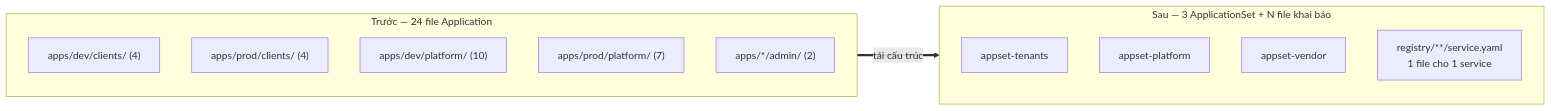
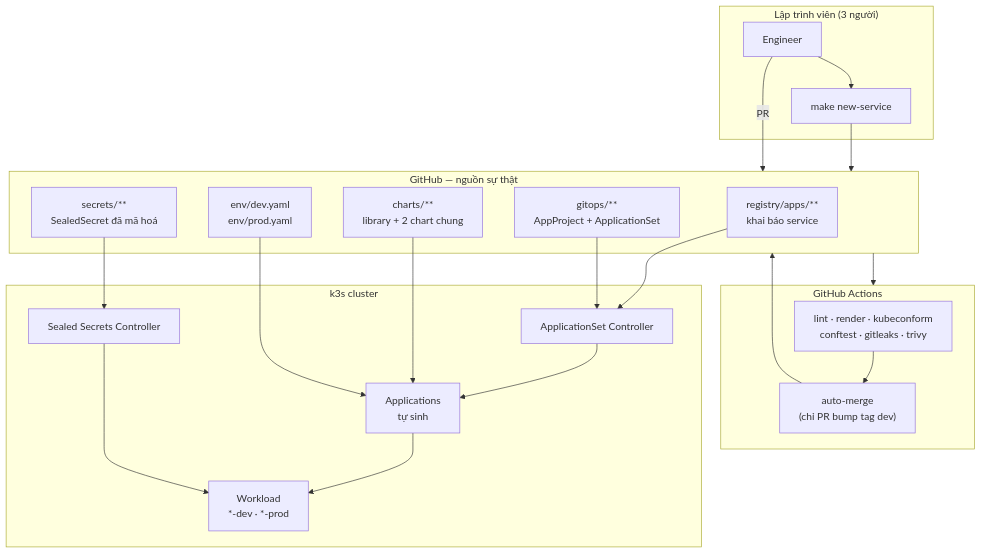
The first of 4 diagrams in docs/REFACTOR_PLAN.md (hunho247/HNQ-Infra), drawn with Mermaid before and after one commit. The commit also changed other lines of this file and 3 other files, not shown here.

````diff
--- a/docs/REFACTOR_PLAN.md
+++ b/docs/REFACTOR_PLAN.md
@@ -626,19 +73,36 @@
 ```mermaid
-flowchart LR
-  subgraph T["Trước — 24 file Application"]
-    A1["apps/dev/clients/ (4)"]
-    A2["apps/prod/clients/ (4)"]
-    A3["apps/dev/platform/ (10)"]
-    A4["apps/prod/platform/ (7)"]
-    A5["apps/*/admin/ (2)"]
+flowchart TB
+  subgraph Dev["Lập trình viên (3 người)"]
+    ENG[Engineer]
+    CLI["make new-service"]
   end
 
-  subgraph S["Sau — 3 ApplicationSet + N file khai báo"]
-    B1[appset-tenants]
-    B2[appset-platform]
-    B3[appset-vendor]
-    R["registry/**/service.yaml<br/>1 file cho 1 service"]
+  subgraph GH["GitHub — nguồn sự thật"]
+    REG["registry/apps/**<br/>khai báo service"]
+    CH["charts/**<br/>library + 2 chart chung"]
+    ENVD["env/dev.yaml<br/>env/prod.yaml"]
+    GOPS["gitops/**<br/>AppProject + ApplicationSet"]
+    SEC["secrets/**<br/>SealedSecret đã mã hoá"]
   end
 
-  T ==>|tái cấu trúc| S
+  subgraph CI["GitHub Actions"]
+    V["lint · render · kubeconform<br/>conftest · gitleaks · trivy"]
+    AM["auto-merge<br/>(chỉ PR bump tag dev)"]
+  end
+
+  subgraph K["k3s cluster"]
+    AS[ApplicationSet Controller]
+    APP["Applications<br/>tự sinh"]
+    SSC[Sealed Secrets Controller]
+    WL["Workload<br/>*-dev · *-prod"]
+  end
+
+  ENG --> CLI --> GH
+  ENG -->|PR| GH
+  GH --> CI
+  V --> AM --> GH
+
+  REG & GOPS --> AS --> APP --> WL
+  CH & ENVD --> APP
+  SEC --> SSC --> WL
 ```
````
